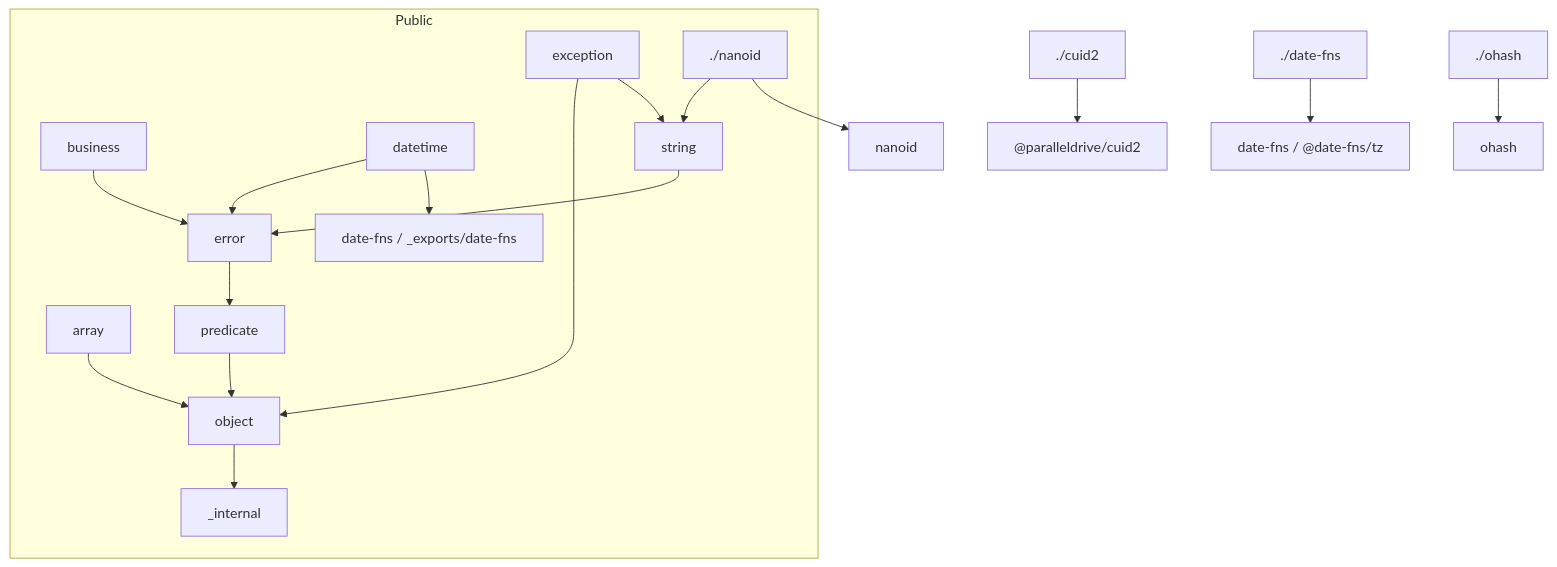
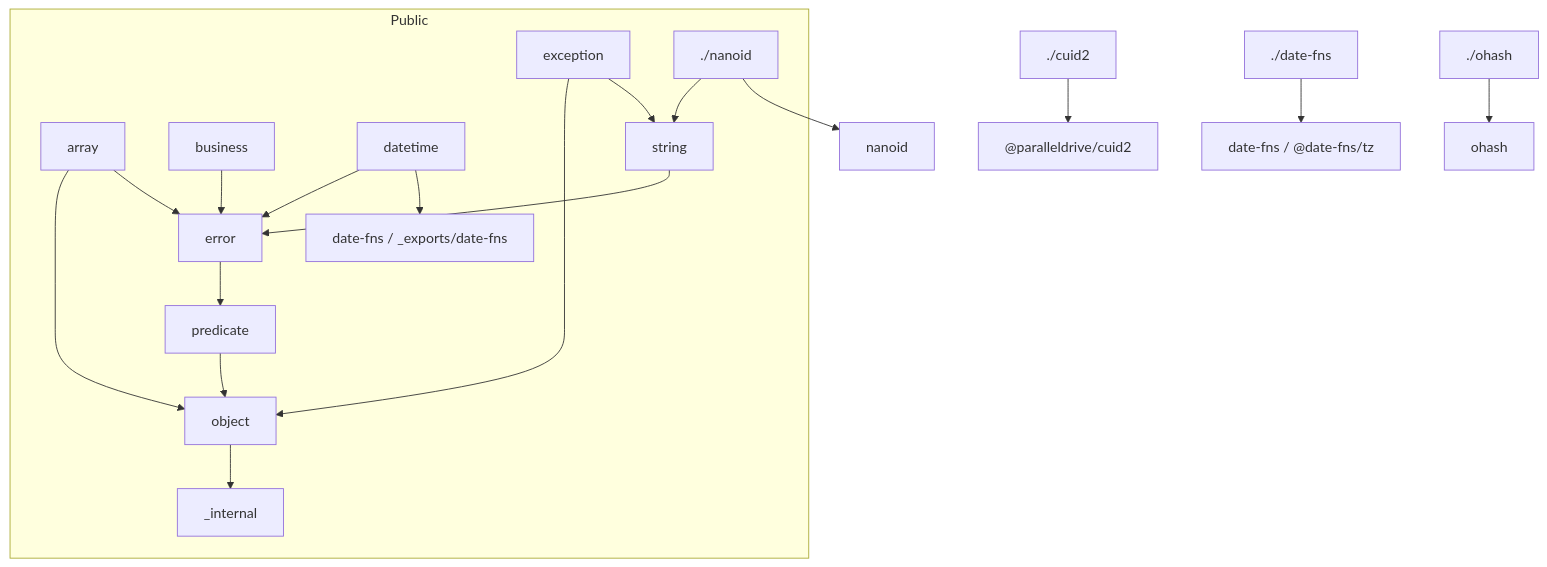
Before and after one commit to bingtsingw/xstools-open: the diagram in .agents/docs/architecture.md, drawn with Mermaid. The commit also changed other lines of this file and 6 other files, not shown here.

````diff
--- a/.agents/docs/architecture.md
+++ b/.agents/docs/architecture.md
@@ -62,21 +62,22 @@
 ```mermaid
 flowchart TB
   subgraph public [Public]
     array --> object
+    array --> error
     business --> error
     datetime --> error
     datetime --> date_fns_src["date-fns / _exports/date-fns"]
     string --> error
     exception --> object
     exception --> string
     error --> predicate
     predicate --> object
     object --> internal["_internal"]
     nanoid_exp["./nanoid"] --> string
   end
 
   cuid2_exp["./cuid2"] --> cuid2lib["@paralleldrive/cuid2"]
   date_fns_exp["./date-fns"] --> datefns["date-fns / @date-fns/tz"]
   nanoid_exp --> nanoidlib[nanoid]
   ohash_exp["./ohash"] --> ohashlib[ohash]
 ```
````
